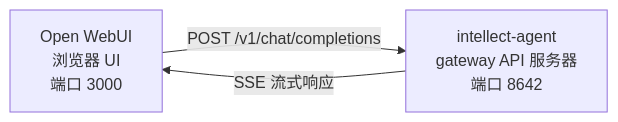
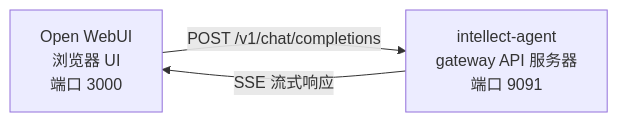
The diagram in website/i18n/zh-Hans/docusaurus-plugin-content-docs/current/user-guide/messaging/open-webui.md (ontoweb-cn/intellect-agent), drawn with Mermaid before and after one commit. The commit also changed other lines of this file and 26 other files, not shown here.

````diff
--- a/website/i18n/zh-Hans/docusaurus-plugin-content-docs/current/user-guide/messaging/open-webui.md
+++ b/website/i18n/zh-Hans/docusaurus-plugin-content-docs/current/user-guide/messaging/open-webui.md
@@ -13,7 +13,7 @@
 ```mermaid
 flowchart LR
     A["Open WebUI<br/>浏览器 UI<br/>端口 3000"]
-    B["intellect-agent<br/>gateway API 服务器<br/>端口 8642"]
+    B["intellect-agent<br/>gateway API 服务器<br/>端口 9091"]
     A -->|POST /v1/chat/completions| B
     B -->|SSE 流式响应| A
 ```
````
